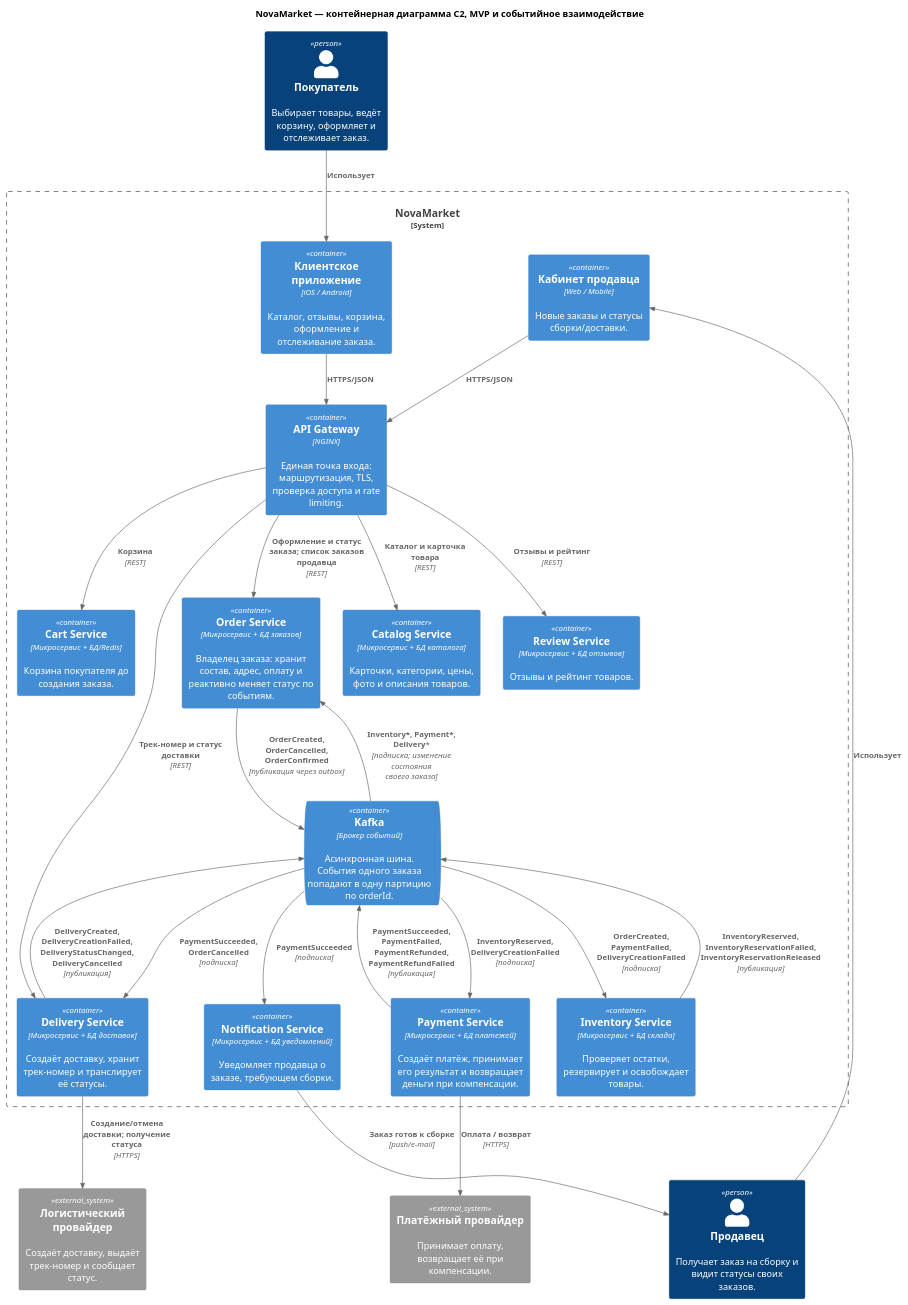
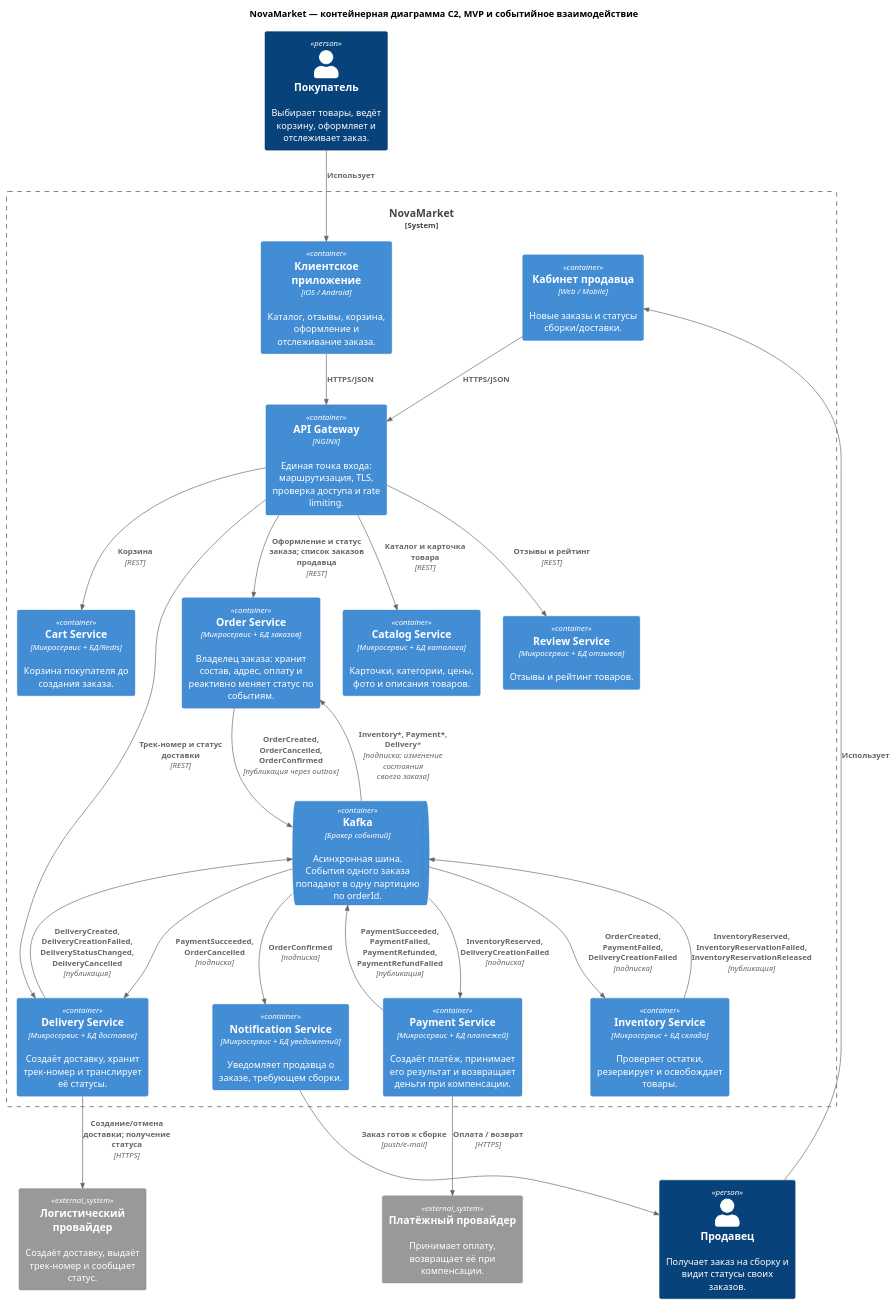
Before and after one commit to FFinn/MSA-3-NovaMarket-v1: the diagram in Task1/c2-event-driven-architecture.puml, drawn with PlantUML.

Commit message:
Finalize Task1/c2-event-driven-architecture.puml: align implementation with assignment requirements

```diff
--- a/Task1/c2-event-driven-architecture.puml
+++ b/Task1/c2-event-driven-architecture.puml
@@ -1,48 +1,48 @@
 @startuml
 !include <C4/C4_Container>
 LAYOUT_TOP_DOWN()
 title NovaMarket — контейнерная диаграмма C2, MVP и событийное взаимодействие
 
 Person(customer, "Покупатель", "Выбирает товары, ведёт корзину, оформляет и отслеживает заказ.")
 Person(seller, "Продавец", "Получает заказ на сборку и видит статусы своих заказов.")
 System_Ext(paymentProvider, "Платёжный провайдер", "Принимает оплату, возвращает её при компенсации.")
 System_Ext(logisticsProvider, "Логистический провайдер", "Создаёт доставку, выдаёт трек-номер и сообщает статус.")
 
 System_Boundary(novamarket, "NovaMarket") {
   Container(customerApp, "Клиентское приложение", "iOS / Android", "Каталог, отзывы, корзина, оформление и отслеживание заказа.")
   Container(sellerApp, "Кабинет продавца", "Web / Mobile", "Новые заказы и статусы сборки/доставки.")
   Container(gateway, "API Gateway", "NGINX", "Единая точка входа: маршрутизация, TLS, проверка доступа и rate limiting.")
   Container(catalog, "Catalog Service", "Микросервис + БД каталога", "Карточки, категории, цены, фото и описания товаров.")
   Container(review, "Review Service", "Микросервис + БД отзывов", "Отзывы и рейтинг товаров.")
   Container(cart, "Cart Service", "Микросервис + БД/Redis", "Корзина покупателя до создания заказа.")
   Container(order, "Order Service", "Микросервис + БД заказов", "Владелец заказа: хранит состав, адрес, оплату и реактивно меняет статус по событиям.")
   Container(inventory, "Inventory Service", "Микросервис + БД склада", "Проверяет остатки, резервирует и освобождает товары.")
   Container(payment, "Payment Service", "Микросервис + БД платежей", "Создаёт платёж, принимает его результат и возвращает деньги при компенсации.")
   Container(delivery, "Delivery Service", "Микросервис + БД доставок", "Создаёт доставку, хранит трек-номер и транслирует её статусы.")
   Container(notification, "Notification Service", "Микросервис + БД уведомлений", "Уведомляет продавца о заказе, требующем сборки.")
   ContainerQueue(kafka, "Kafka", "Брокер событий", "Асинхронная шина. События одного заказа попадают в одну партицию по orderId.")
 }
 
 Rel(customer, customerApp, "Использует")
 Rel(seller, sellerApp, "Использует")
 Rel(customerApp, gateway, "HTTPS/JSON")
 Rel(sellerApp, gateway, "HTTPS/JSON")
 Rel(gateway, catalog, "Каталог и карточка товара", "REST")
 Rel(gateway, review, "Отзывы и рейтинг", "REST")
 Rel(gateway, cart, "Корзина", "REST")
 Rel(gateway, order, "Оформление и статус заказа; список заказов продавца", "REST")
 Rel(gateway, delivery, "Трек-номер и статус доставки", "REST")
 
 Rel(order, kafka, "OrderCreated, OrderCancelled, OrderConfirmed", "публикация через outbox")
 Rel(kafka, inventory, "OrderCreated, PaymentFailed, DeliveryCreationFailed", "подписка")
 Rel(inventory, kafka, "InventoryReserved, InventoryReservationFailed, InventoryReservationReleased", "публикация")
 Rel(kafka, payment, "InventoryReserved, DeliveryCreationFailed", "подписка")
 Rel(payment, paymentProvider, "Оплата / возврат", "HTTPS")
 Rel(payment, kafka, "PaymentSucceeded, PaymentFailed, PaymentRefunded, PaymentRefundFailed", "публикация")
 Rel(kafka, delivery, "PaymentSucceeded, OrderCancelled", "подписка")
 Rel(delivery, logisticsProvider, "Создание/отмена доставки; получение статуса", "HTTPS")
 Rel(delivery, kafka, "DeliveryCreated, DeliveryCreationFailed, DeliveryStatusChanged, DeliveryCancelled", "публикация")
 Rel(kafka, order, "Inventory*, Payment*, Delivery*", "подписка; изменение состояния своего заказа")
-Rel(kafka, notification, "PaymentSucceeded", "подписка")
+Rel(kafka, notification, "OrderConfirmed", "подписка")
 Rel(notification, seller, "Заказ готов к сборке", "push/e-mail")
 @enduml
```
